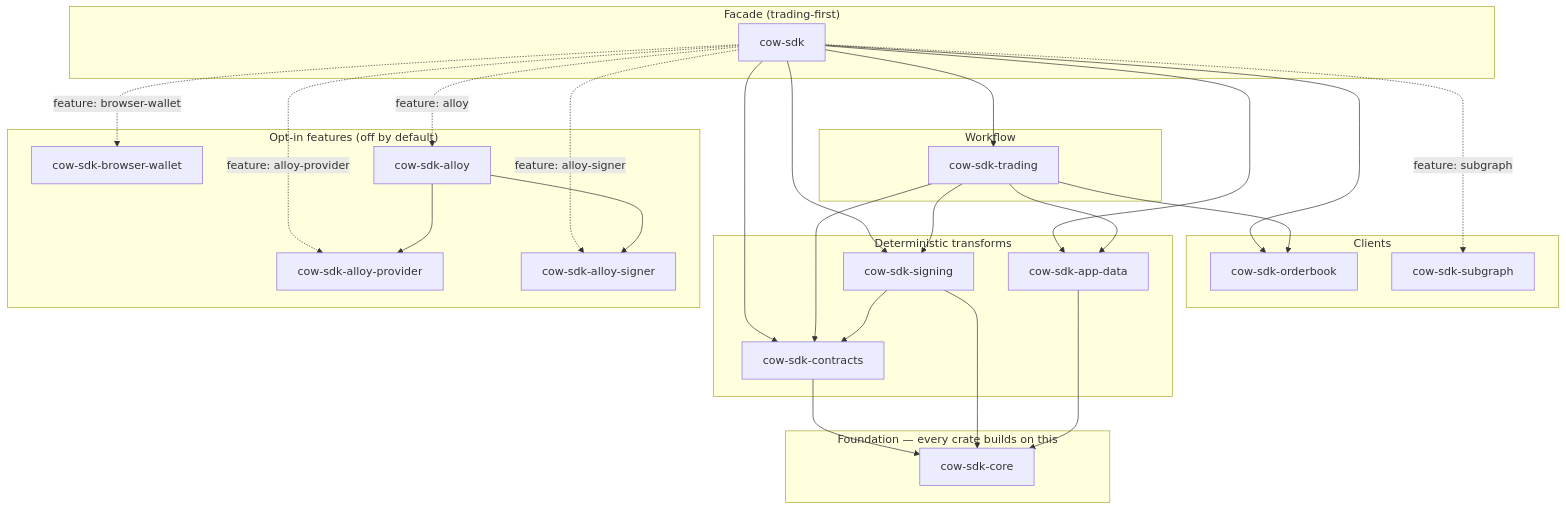
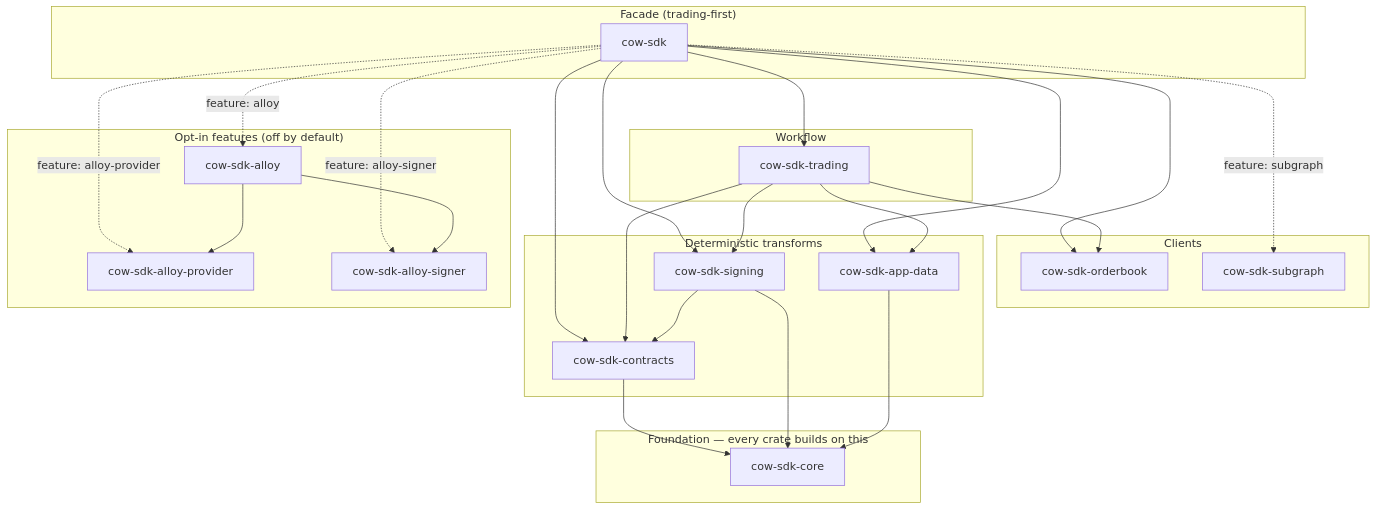
The first of 2 diagrams in docs/architecture.md (0xSymbiome/cow-rs), drawn with Mermaid before and after one commit. The commit also changed other lines of this file and 165 other files, not shown here.

First line of the commit message:
feat(workspace)!: retire the browser-wallet crate and move the wasm examples to a dedicated repo (#6)

````diff
--- a/docs/architecture.md
+++ b/docs/architecture.md
@@ -6,48 +6,46 @@
 ```mermaid
 flowchart TD
   subgraph cl_facade["Facade (trading-first)"]
     sdk["cow-sdk"]
   end
   subgraph cl_workflow["Workflow"]
     trading["cow-sdk-trading"]
   end
   subgraph cl_clients["Clients"]
     orderbook["cow-sdk-orderbook"]
     subgraph_crate["cow-sdk-subgraph"]
   end
   subgraph cl_transforms["Deterministic transforms"]
     contracts["cow-sdk-contracts"]
     signing["cow-sdk-signing"]
     appdata["cow-sdk-app-data"]
   end
   subgraph cl_features["Opt-in features (off by default)"]
-    wallet["cow-sdk-browser-wallet"]
     alloy["cow-sdk-alloy"]
     alloy_provider["cow-sdk-alloy-provider"]
     alloy_signer["cow-sdk-alloy-signer"]
   end
   subgraph cl_foundation["Foundation — every crate builds on this"]
     core["cow-sdk-core"]
   end
 
   sdk --> trading
   sdk --> orderbook
   sdk --> contracts
   sdk --> signing
   sdk --> appdata
   sdk -.->|feature: subgraph| subgraph_crate
-  sdk -.->|feature: browser-wallet| wallet
   sdk -.->|feature: alloy| alloy
   sdk -.->|feature: alloy-provider| alloy_provider
   sdk -.->|feature: alloy-signer| alloy_signer
   trading --> orderbook
   trading --> signing
   trading --> appdata
   trading --> contracts
   signing --> contracts
   alloy --> alloy_provider
   alloy --> alloy_signer
   contracts --> core
   signing --> core
   appdata --> core
 ```
````
